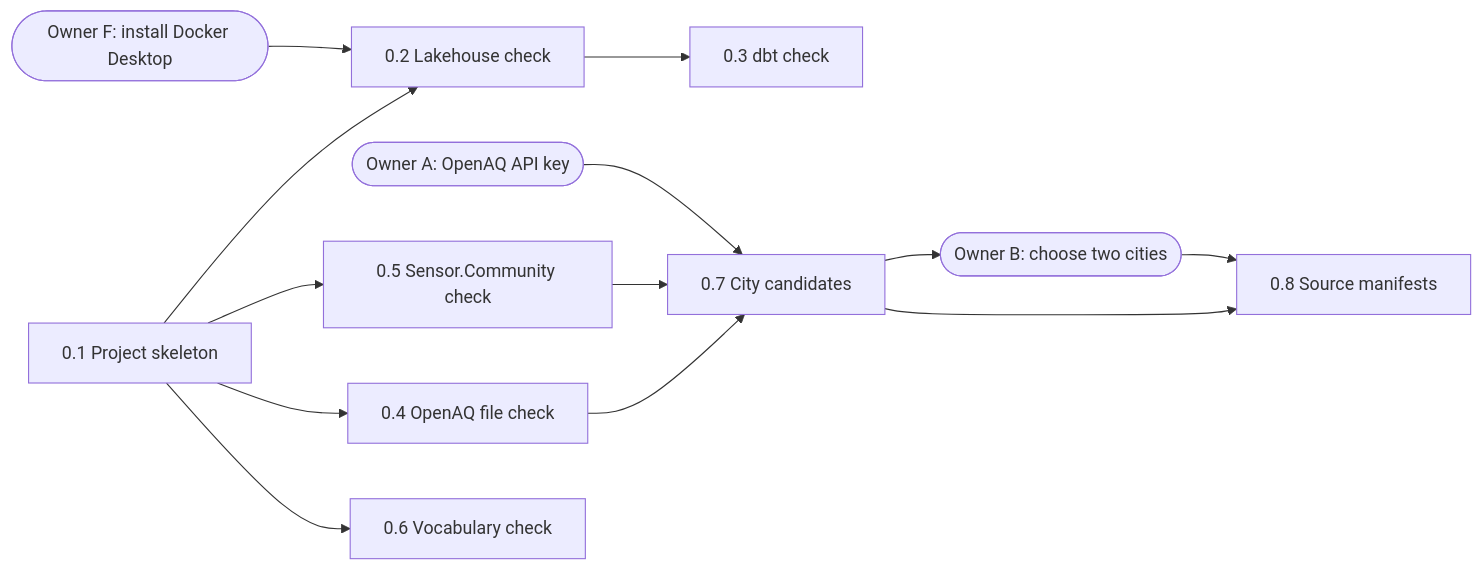
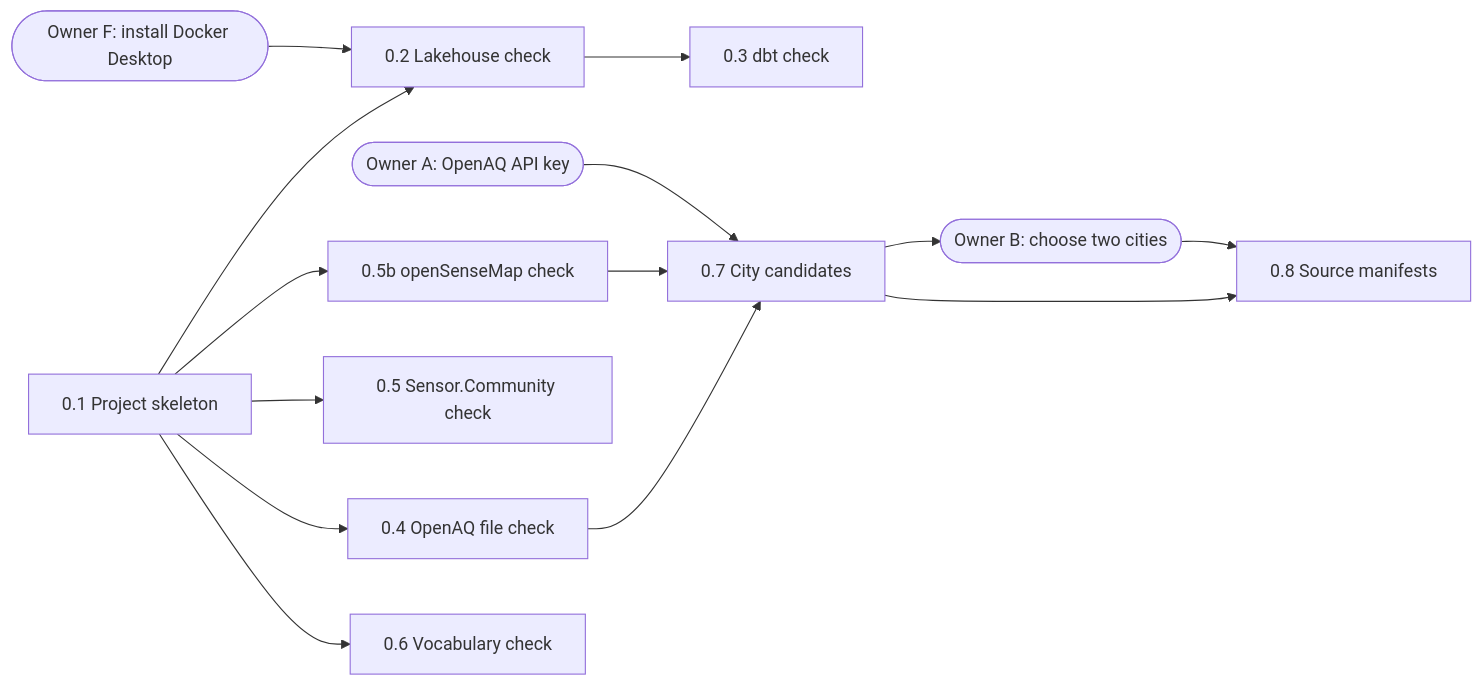
Before and after one commit to ShreyNiraula/air-quality-lakehouse: the first of 6 diagrams in ROADMAP.md, drawn with Mermaid. The commit also changed other lines of this file and 1 other file, not shown here.

First line of the commit message:
Roadmap and plan: openSenseMap replaces Sensor.Community as the low-cost source

````diff
--- a/ROADMAP.md
+++ b/ROADMAP.md
@@ -25,26 +25,28 @@
 ```mermaid
 flowchart LR
   oA(["Owner A: OpenAQ API key"])
   oB(["Owner B: choose two cities"])
   oF(["Owner F: install Docker Desktop"])
   t0_1["0.1 Project skeleton"]
   t0_2["0.2 Lakehouse check"]
   t0_3["0.3 dbt check"]
   t0_4["0.4 OpenAQ file check"]
   t0_5["0.5 Sensor.Community check"]
+  t0_5b["0.5b openSenseMap check"]
   t0_6["0.6 Vocabulary check"]
   t0_7["0.7 City candidates"]
   t0_8["0.8 Source manifests"]
   t0_1 --> t0_2
   oF --> t0_2
   t0_1 --> t0_4
   t0_1 --> t0_5
+  t0_1 --> t0_5b
   t0_1 --> t0_6
   t0_2 --> t0_3
   t0_4 --> t0_7
-  t0_5 --> t0_7
+  t0_5b --> t0_7
   oA --> t0_7
   t0_7 --> oB
   t0_7 --> t0_8
   oB --> t0_8
 ```
````
